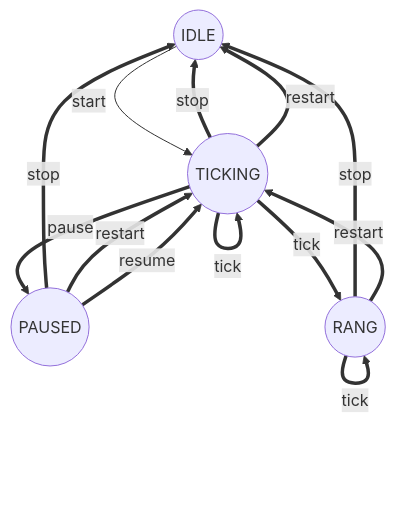
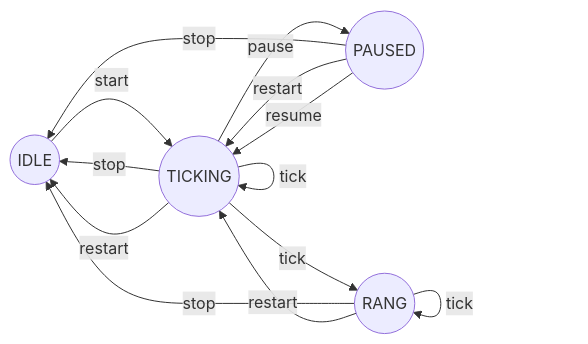
Before and after one commit to sentenzo/secondglass: the diagram in README.md, drawn with Mermaid. The commit also changed other lines of this file, not shown here.

````diff
--- a/README.md
+++ b/README.md
@@ -25,16 +2,16 @@
 ```mermaid
-flowchart TB
+flowchart LR
 
 A((IDLE)) -->|start| B((TICKING))
-B ==>|stop| A
-B ==>|restart| A
-B ==>|tick| B
-B ==>|pause| C((PAUSED))
-B ==>|tick|D((RANG))
-C ==>|stop| A
-C ==>|restart| B
-C ==>|resume| B
-D ==>|stop| A
-D ==>|restart| B
-D ==>|tick|D
+B -->|stop| A
+B -->|restart| A
+B -->|tick| B
+B -->|pause| C((PAUSED))
+B -->|tick|D((RANG))
+C -->|stop| A
+C -->|restart| B
+C -->|resume| B
+D -->|stop| A
+D -->|restart| B
+D -->|tick|D
 ```
````
